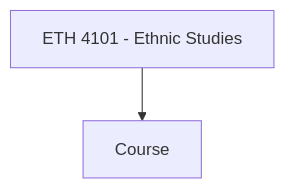
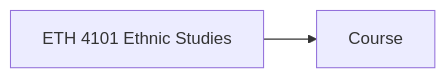
One commit to RIAHPathway/Website-Draft changed diagram 12 of 29 in RIAH-PATHWAY-CURRICULUM-STRUCTURE/RIAH-PATHWAY-HIGH-SCHOOL-STRUCTURE/HIGH-SCHOOL-STRUCTURE.md. Above: the diagram before and after it, drawn with Mermaid. The commit also changed other lines of this file, not shown here.

Commit message:
Match High School Mermaid diagrams to repository working syntax

````diff
--- a/RIAH-PATHWAY-CURRICULUM-STRUCTURE/RIAH-PATHWAY-HIGH-SCHOOL-STRUCTURE/HIGH-SCHOOL-STRUCTURE.md
+++ b/RIAH-PATHWAY-CURRICULUM-STRUCTURE/RIAH-PATHWAY-HIGH-SCHOOL-STRUCTURE/HIGH-SCHOOL-STRUCTURE.md
@@ -577,4 +577,4 @@
 ```mermaid
-graph TD;
-    N0["ETH 4101 - Ethnic Studies"] --> END["Course"];
+graph LR
+    N0["ETH 4101 Ethnic Studies"] --> END["Course"]
 ```
````
